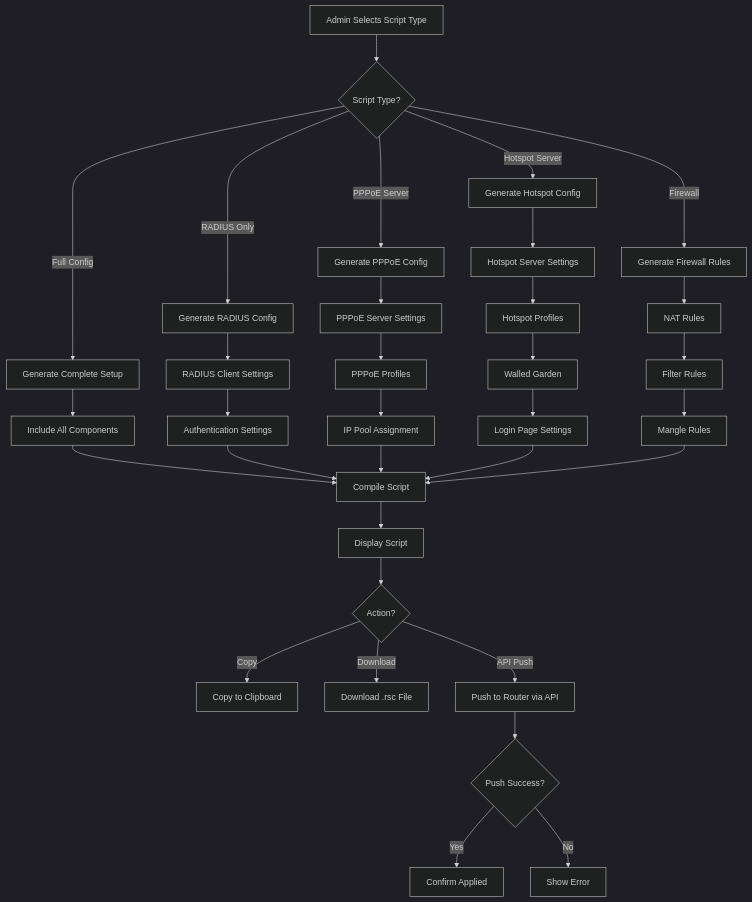
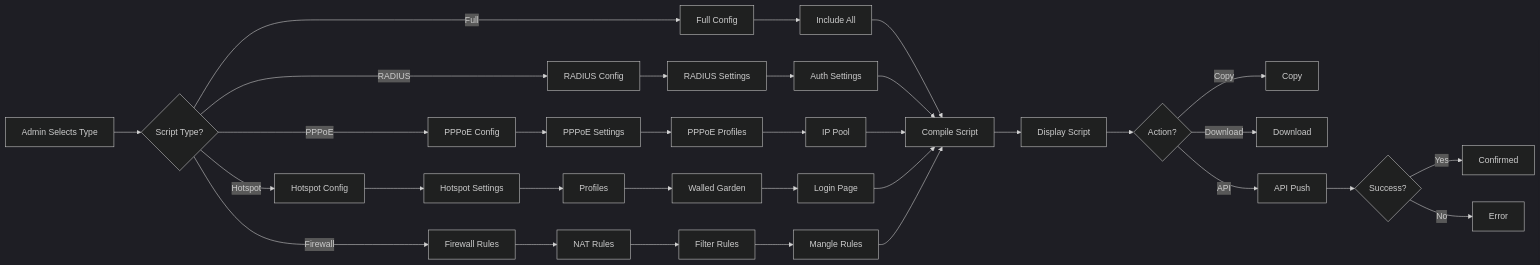
One commit to rayocta303/RadixLink changed diagram 12 of 15 in README.md. Above: the diagram before and after it, drawn with Mermaid (dark theme). The commit also changed other lines of this file, not shown here.

First line of the commit message:
Assistant checkpoint: Fix all Mermaid diagram syntax errors in README.md

````diff
--- a/README.md
+++ b/README.md
@@ -645,45 +649,45 @@
 ```mermaid
-flowchart TD
-    A[Admin Selects Script Type] --> B{Script Type?}
+flowchart LR
+    A[Admin Selects Type]
+    B{Script Type?}
+    C[Full Config]
+    D[RADIUS Config]
+    E[PPPoE Config]
+    F[Hotspot Config]
+    G[Firewall Rules]
+    H[Include All]
+    I[RADIUS Settings]
+    J[Auth Settings]
+    K[PPPoE Settings]
+    L[PPPoE Profiles]
+    M[IP Pool]
+    N[Hotspot Settings]
+    O[Profiles]
+    P[Walled Garden]
+    Q[Login Page]
+    R[NAT Rules]
+    S[Filter Rules]
+    T[Mangle Rules]
+    U[Compile Script]
+    V[Display Script]
+    W{Action?}
+    X[Copy]
+    Y[Download]
+    Z[API Push]
+    AA{Success?}
+    AB[Confirmed]
+    AC[Error]
     
-    B -->|Full Config| C[Generate Complete Setup]
-    B -->|RADIUS Only| D[Generate RADIUS Config]
-    B -->|PPPoE Server| E[Generate PPPoE Config]
-    B -->|Hotspot Server| F[Generate Hotspot Config]
-    B -->|Firewall| G[Generate Firewall Rules]
-    
-    C --> H[Include All Components]
-    
-    D --> I[RADIUS Client Settings]
-    I --> J[Authentication Settings]
-    
-    E --> K[PPPoE Server Settings]
-    K --> L[PPPoE Profiles]
-    L --> M[IP Pool Assignment]
-    
-    F --> N[Hotspot Server Settings]
-    N --> O[Hotspot Profiles]
-    O --> P[Walled Garden]
-    P --> Q[Login Page Settings]
-    
-    G --> R[NAT Rules]
-    R --> S[Filter Rules]
-    S --> T[Mangle Rules]
-    
-    H --> U[Compile Script]
-    J --> U
-    M --> U
-    Q --> U
-    T --> U
-    
-    U --> V[Display Script]
-    V --> W{Action?}
-    
-    W -->|Copy| X[Copy to Clipboard]
-    W -->|Download| Y[Download .rsc File]
-    W -->|API Push| Z[Push to Router via API]
-    
-    Z --> AA{Push Success?}
-    AA -->|Yes| AB[Confirm Applied]
-    AA -->|No| AC[Show Error]
+    A --> B
+    B -->|Full| C --> H --> U
+    B -->|RADIUS| D --> I --> J --> U
+    B -->|PPPoE| E --> K --> L --> M --> U
+    B -->|Hotspot| F --> N --> O --> P --> Q --> U
+    B -->|Firewall| G --> R --> S --> T --> U
+    U --> V --> W
+    W -->|Copy| X
+    W -->|Download| Y
+    W -->|API| Z --> AA
+    AA -->|Yes| AB
+    AA -->|No| AC
 ```
````
